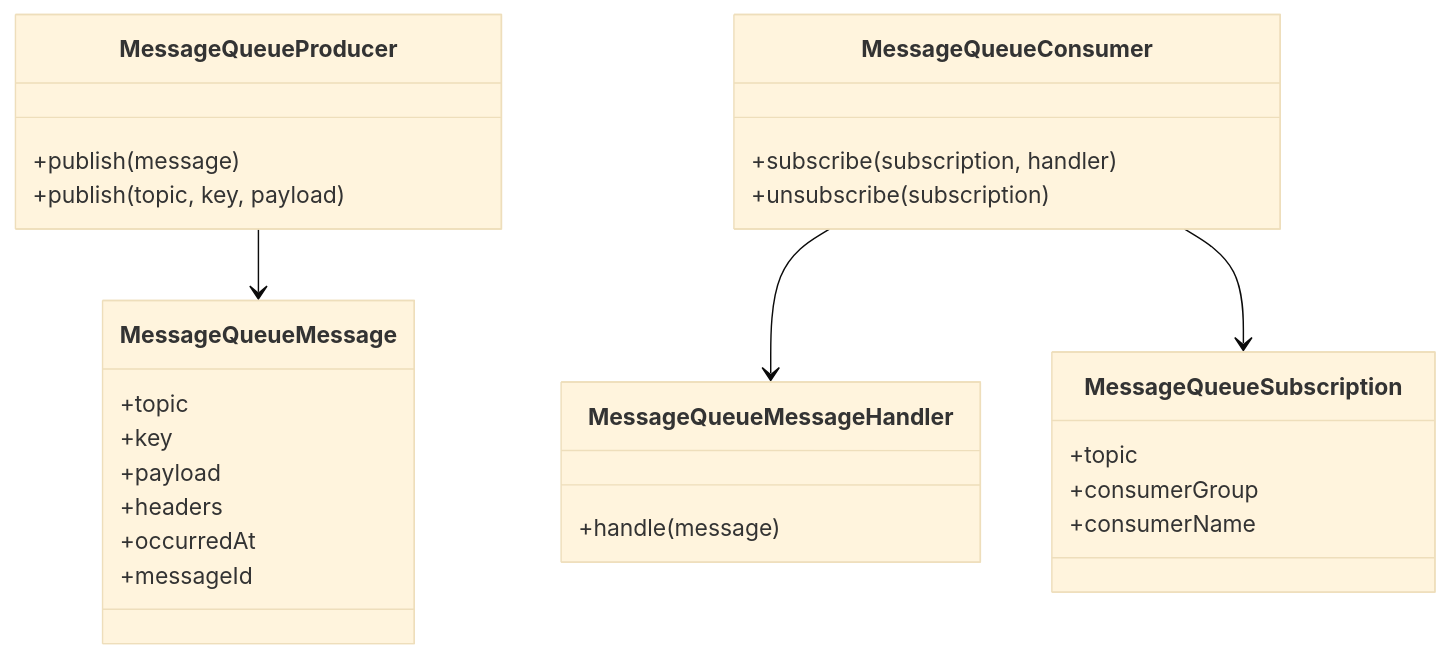
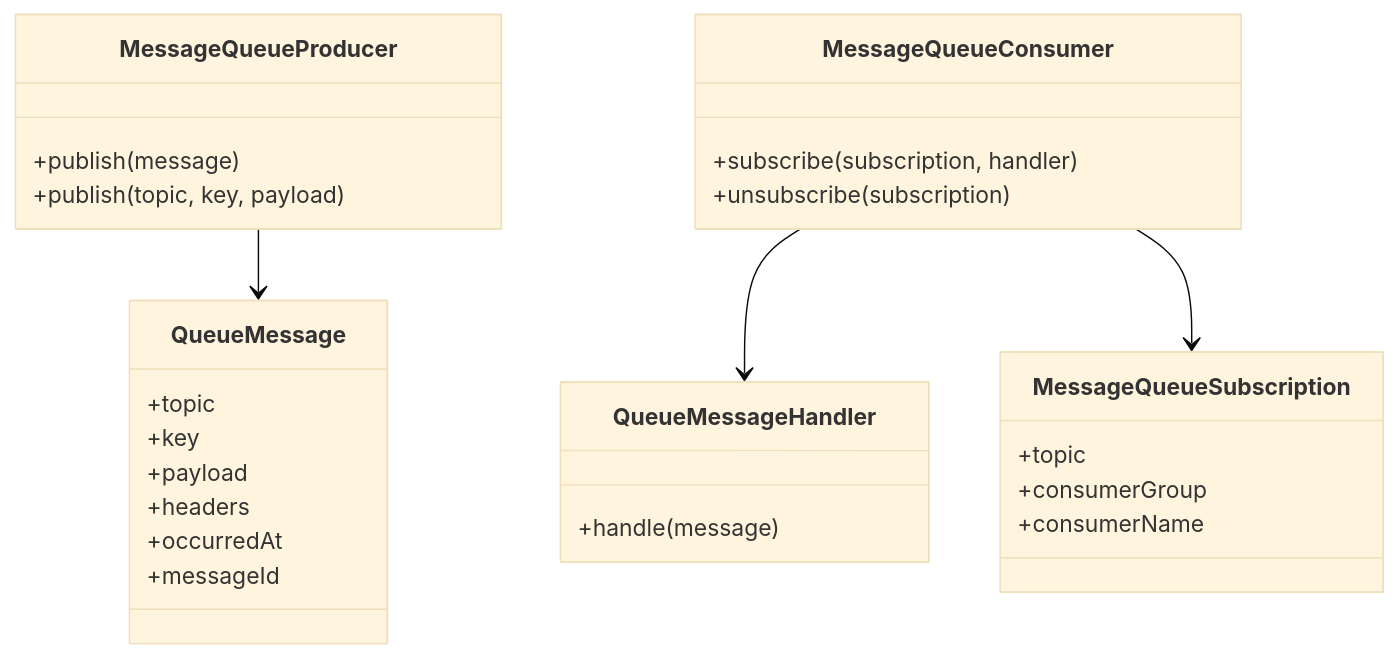
Before and after one commit to 100-hours-a-week/3-team-Tasteam-be: the second of 4 diagrams in docs/spec/tech/message-queue/README.md, drawn with Mermaid (base theme). The commit also changed other lines of this file and 52 other files, not shown here.

````diff
--- a/docs/spec/tech/message-queue/README.md
+++ b/docs/spec/tech/message-queue/README.md
@@ -66,35 +66,35 @@
 ```mermaid
 classDiagram
     class MessageQueueProducer {
       +publish(message)
       +publish(topic, key, payload)
     }
 
     class MessageQueueConsumer {
       +subscribe(subscription, handler)
       +unsubscribe(subscription)
     }
 
-    class MessageQueueMessageHandler {
+    class QueueMessageHandler {
       +handle(message)
     }
 
-    class MessageQueueMessage {
+    class QueueMessage {
       +topic
       +key
       +payload
       +headers
       +occurredAt
       +messageId
     }
 
     class MessageQueueSubscription {
       +topic
       +consumerGroup
       +consumerName
     }
 
-    MessageQueueConsumer --> MessageQueueMessageHandler
-    MessageQueueProducer --> MessageQueueMessage
+    MessageQueueConsumer --> QueueMessageHandler
+    MessageQueueProducer --> QueueMessage
     MessageQueueConsumer --> MessageQueueSubscription
 ```
````
